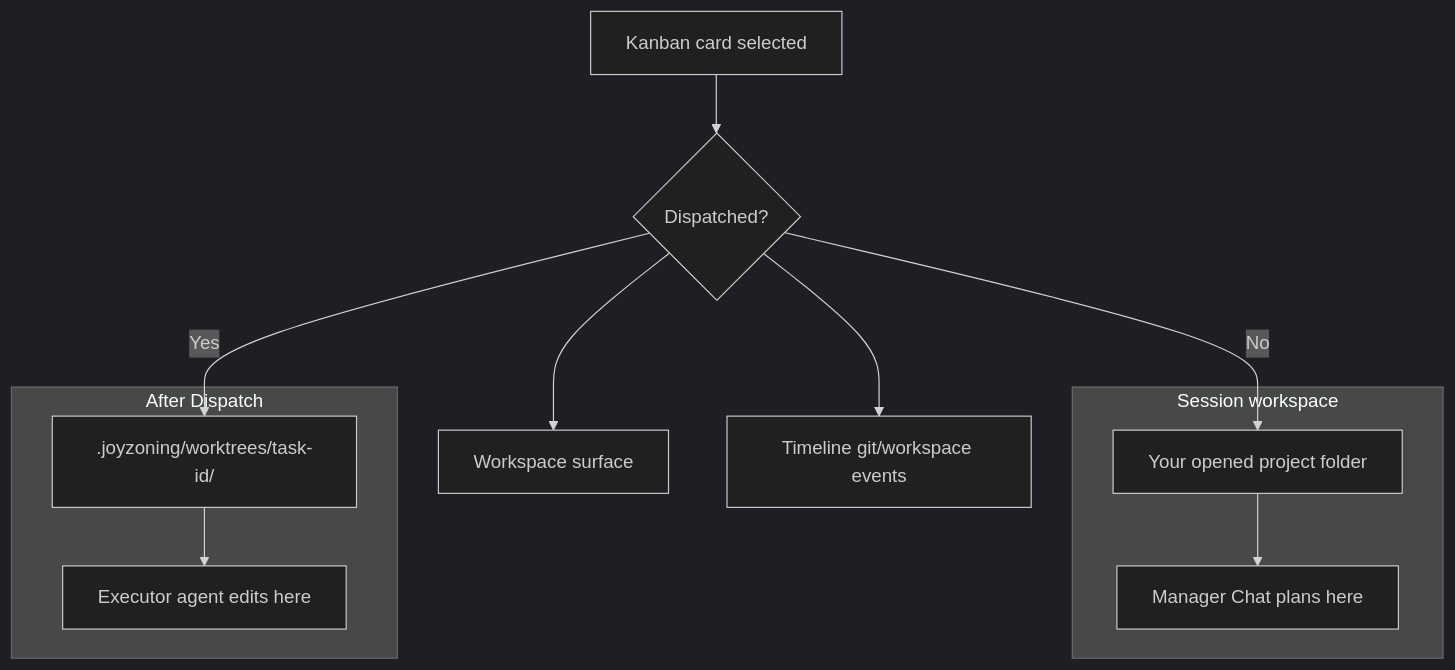
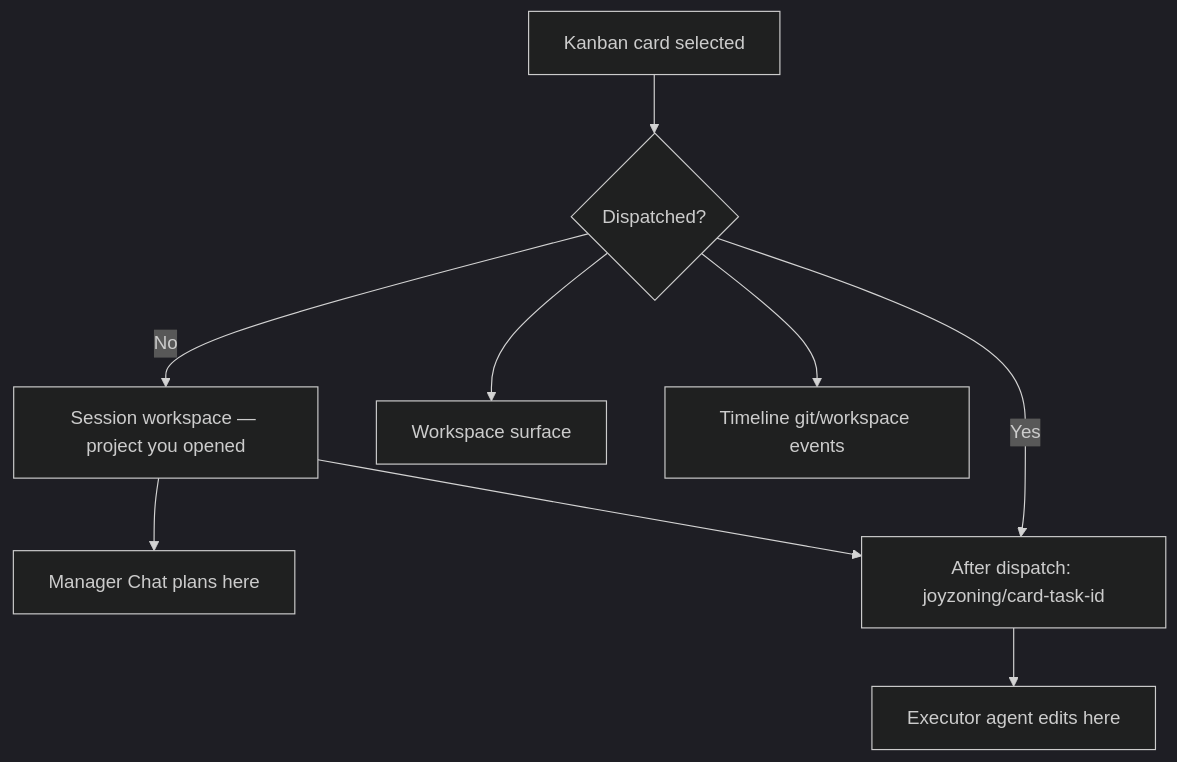
One commit to CardSorting/JoyZoning changed the diagram in docs/workspace-state.md. Above: the diagram before and after it, drawn with Mermaid (dark theme). The commit also changed other lines of this file and 34 other files, not shown here.

````diff
--- a/docs/workspace-state.md
+++ b/docs/workspace-state.md
@@ -37,18 +35,13 @@
 ```mermaid
 flowchart TB
-  subgraph session [Session workspace]
-    Root["Your opened project folder"]
-    Root --> Plan["Manager Chat plans here"]
-  end
-
-  subgraph lease [After Dispatch]
-    WT[".joyzoning/worktrees/task-id/"]
-    WT --> Agent["Executor agent edits here"]
-  end
+  Root["Session workspace — project you opened"]
+  Root --> Plan["Manager Chat plans here"]
+  Root --> Branch["After dispatch: joyzoning/card-task-id"]
+  Branch --> Agent["Executor agent edits here"]
 
   Card[Kanban card selected] --> Resolver{Dispatched?}
-  Resolver -->|Yes| WT
+  Resolver -->|Yes| Branch
   Resolver -->|No| Root
   Resolver --> Workspace[Workspace surface]
   Resolver --> Timeline[Timeline git/workspace events]
 ```
````
